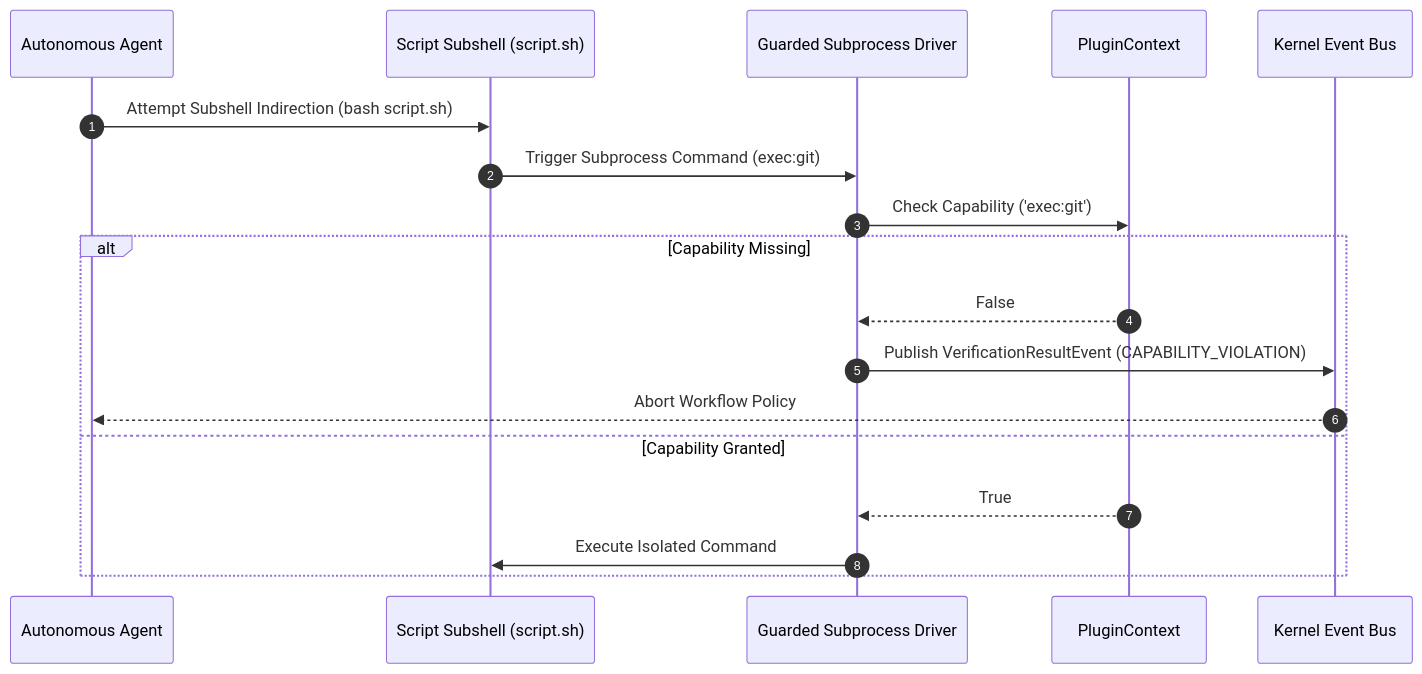
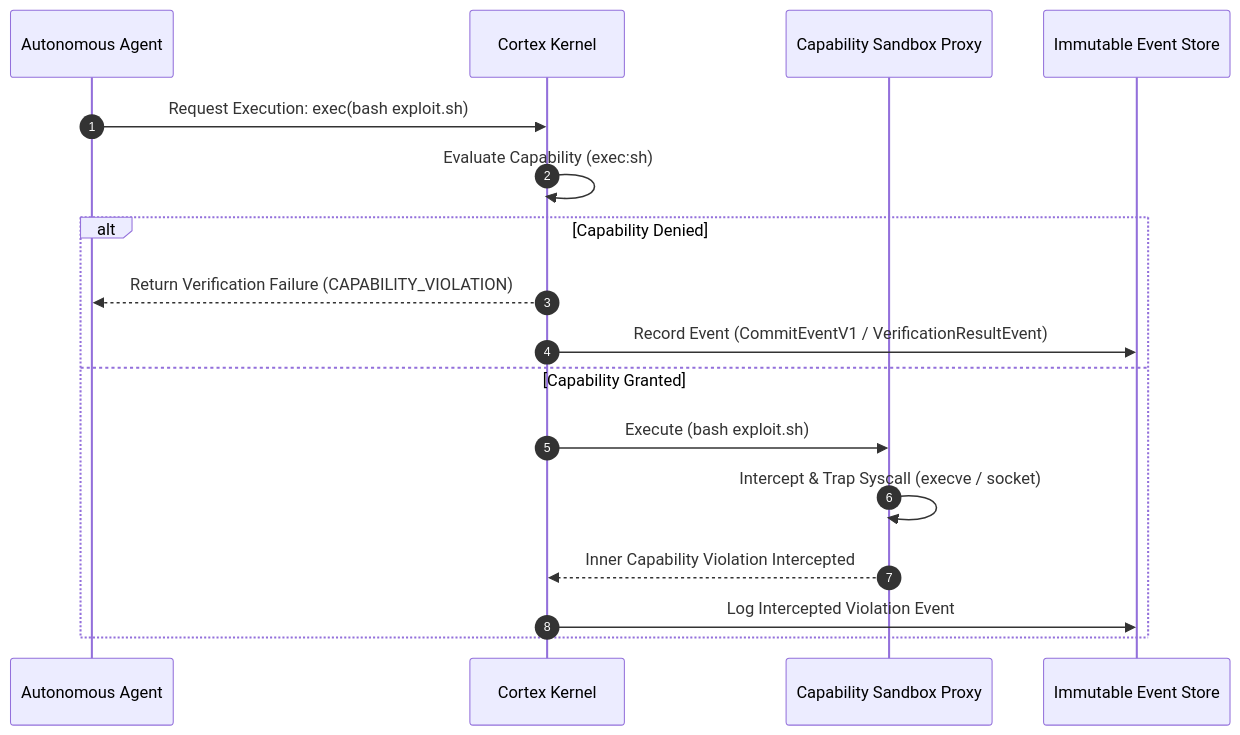
The second of 2 diagrams in docs/architecture.md (Iradukunda-Fils/Cortex), drawn with Mermaid before and after one commit.

Commit message:
docs(architecture): refine subshell indirection sequence diagram for syscall interception

````diff
--- a/docs/architecture.md
+++ b/docs/architecture.md
@@ -87,22 +87,21 @@
 ```mermaid
 sequenceDiagram
     autonumber
     participant Agent as Autonomous Agent
-    participant Script as Script Subshell (script.sh)
-    participant Driver as Guarded Subprocess Driver
-    participant Context as PluginContext
-    participant Bus as Kernel Event Bus
+    participant Kernel as Cortex Kernel
+    participant Sandbox as Capability Sandbox Proxy
+    participant EventStore as Immutable Event Store
 
-    Agent->>Script: Attempt Subshell Indirection (bash script.sh)
-    Script->>Driver: Trigger Subprocess Command (exec:git)
-    Driver->>Context: Check Capability ('exec:git')
+    Agent->>Kernel: Request Execution: exec(bash exploit.sh)
+    Kernel->>Kernel: Evaluate Capability (exec:sh)
     
-    alt Capability Missing
-        Context-->>Driver: False
-        Driver->>Bus: Publish VerificationResultEvent (CAPABILITY_VIOLATION)
-        Bus-->>Agent: Abort Workflow Policy
+    alt Capability Denied
+        Kernel-->>Agent: Return Verification Failure (CAPABILITY_VIOLATION)
+        Kernel->>EventStore: Record Event (CommitEventV1 / VerificationResultEvent)
     else Capability Granted
-        Context-->>Driver: True
-        Driver->>Script: Execute Isolated Command
+        Kernel->>Sandbox: Execute (bash exploit.sh)
+        Sandbox->>Sandbox: Intercept & Trap Syscall (execve / socket)
+        Sandbox-->>Kernel: Inner Capability Violation Intercepted
+        Kernel->>EventStore: Log Intercepted Violation Event
     end
 ```
````
